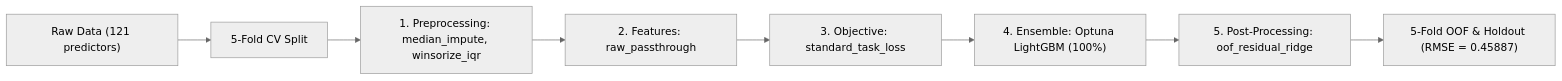
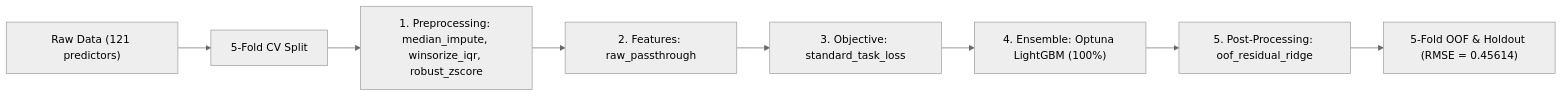
Before and after one commit to stefanoclss/UM-Game-Playing-Strength-of-MCTS-Variants: the diagram in README.md, drawn with Mermaid (neutral theme). The commit also changed other lines of this file, not shown here.

First line of the commit message:
docs(readme): refresh verified OOF benchmark & build ledger (RMSE=0.45614)

````diff
--- a/README.md
+++ b/README.md
@@ -72,10 +73,10 @@
 ```mermaid
 flowchart LR
     DATA["Raw Data (121 predictors)"] --> SPLIT["5-Fold CV Split"]
-    SPLIT --> PRE["1. Preprocessing: median_impute, winsorize_iqr"]
+    SPLIT --> PRE["1. Preprocessing: median_impute, winsorize_iqr, robust_zscore"]
     PRE --> FEAT["2. Features: raw_passthrough"]
     FEAT --> OBJ["3. Objective: standard_task_loss"]
     OBJ --> M0["4. Ensemble: Optuna LightGBM (100%)"]
     M0 --> POST["5. Post-Processing: oof_residual_ridge"]
-    POST --> OUT["5-Fold OOF & Holdout (RMSE = 0.45887)"]
+    POST --> OUT["5-Fold OOF & Holdout (RMSE = 0.45614)"]
 ```
````
